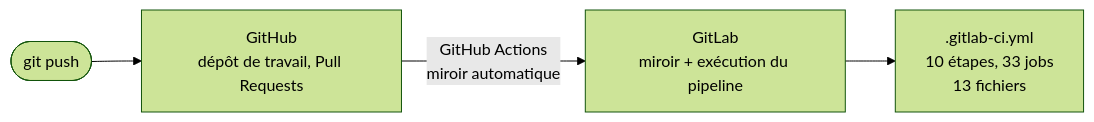
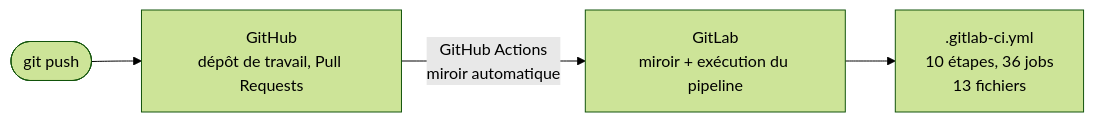
One commit to TedPasquiet/G-rez-le-cycle-de-vie-de-d-veloppement-logiciel changed the fifth of 8 diagrams in ARCHITECTURE.md. Above: the diagram before and after it, drawn with Mermaid (forest theme). The commit also changed other lines of this file and 17 other files, not shown here.

````diff
--- a/ARCHITECTURE.md
+++ b/ARCHITECTURE.md
@@ -192,6 +192,6 @@
 ```mermaid
 flowchart LR
     dev([git push]) --> gh[GitHub<br/>dépôt de travail, Pull Requests]
     gh -->|GitHub Actions<br/>miroir automatique| gl[GitLab<br/>miroir + exécution du pipeline]
-    gl --> ci[".gitlab-ci.yml<br/>10 étapes, 33 jobs<br/>13 fichiers"]
+    gl --> ci[".gitlab-ci.yml<br/>10 étapes, 36 jobs<br/>13 fichiers"]
 ```
````
